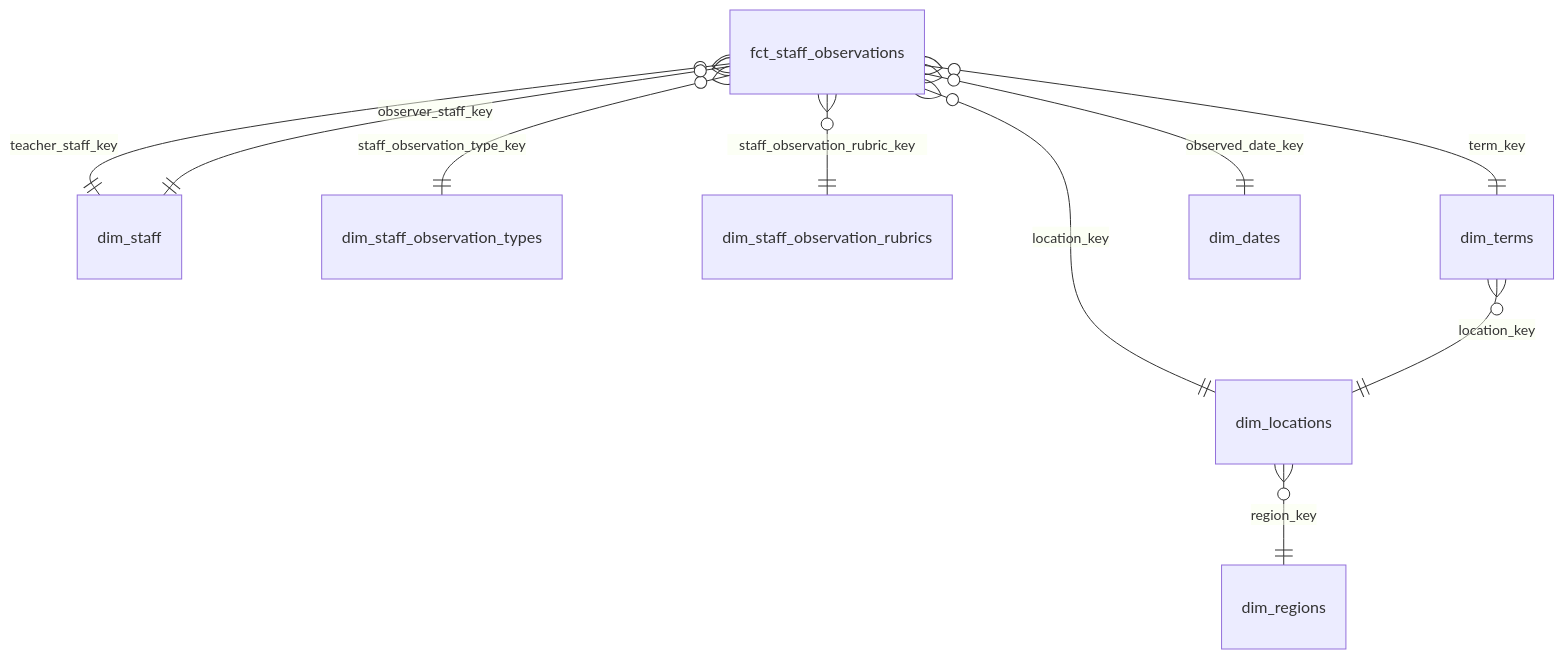
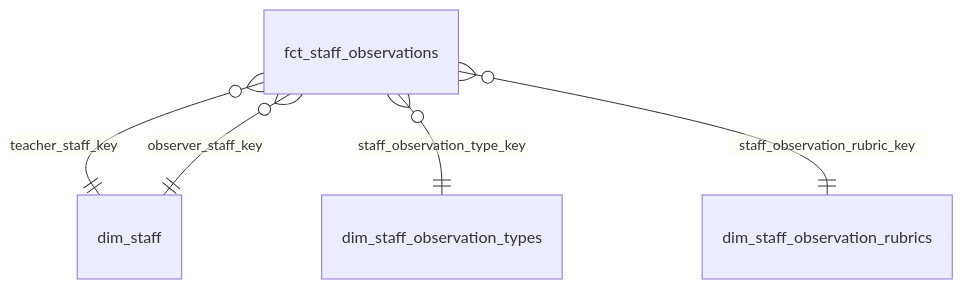
Before and after one commit to TEAMSchools/teamster: diagram 16 of 24 in docs/reference/marts-data-models.md, drawn with Mermaid. The commit also changed other lines of this file and 2 other files, not shown here.

First line of the commit message:
docs(marts): omit conformed dimensions from snowflake diagrams

````diff
--- a/docs/reference/marts-data-models.md
+++ b/docs/reference/marts-data-models.md
@@ -360,12 +290,7 @@
 ```mermaid
 erDiagram
   fct_staff_observations }o--|| dim_staff : "teacher_staff_key"
   fct_staff_observations }o--|| dim_staff_observation_types : "staff_observation_type_key"
   fct_staff_observations }o--|| dim_staff_observation_rubrics : "staff_observation_rubric_key"
   fct_staff_observations }o--|| dim_staff : "observer_staff_key"
-  fct_staff_observations }o--|| dim_locations : "location_key"
-  fct_staff_observations }o--|| dim_terms : "term_key"
-  fct_staff_observations }o--|| dim_dates : "observed_date_key"
-  dim_locations }o--|| dim_regions : "region_key"
-  dim_terms }o--|| dim_locations : "location_key"
 ```
````
